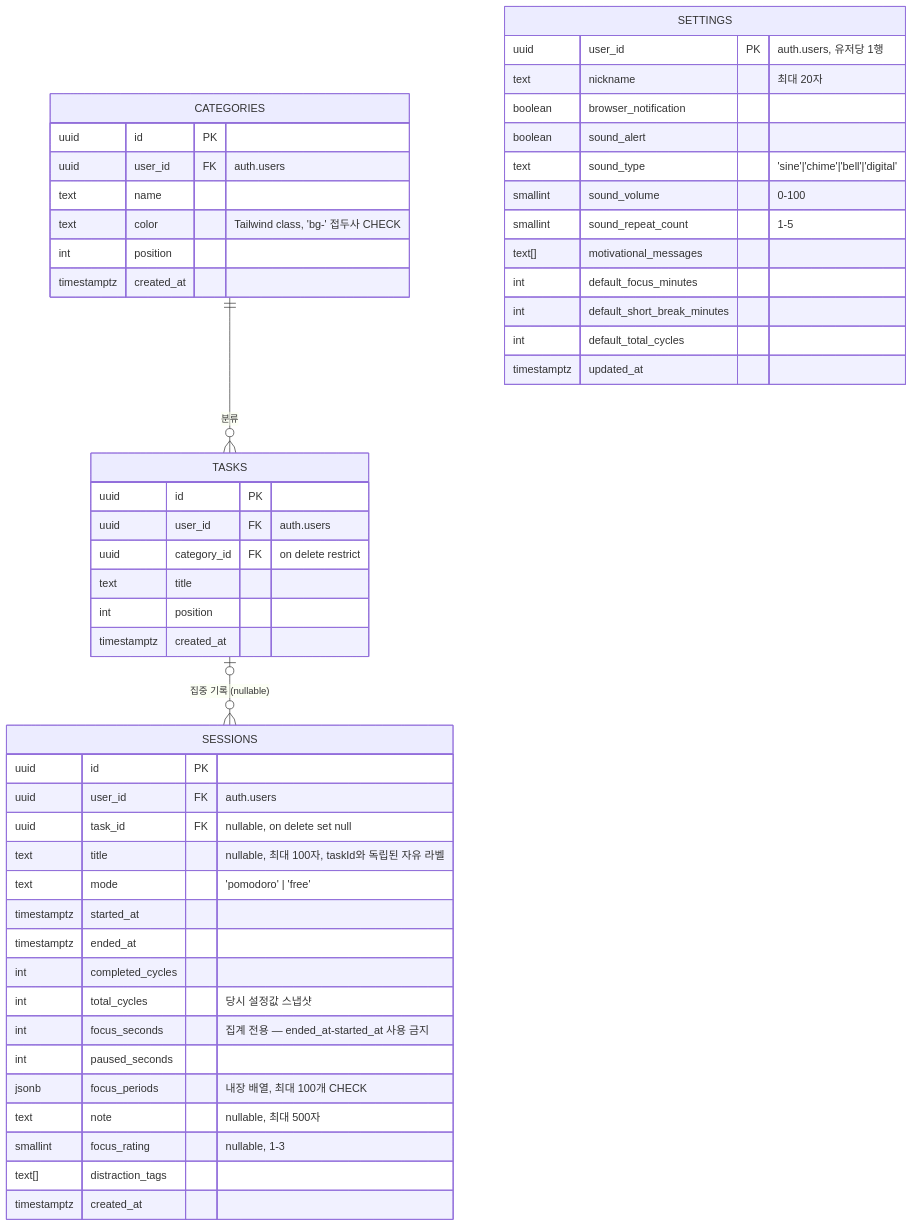
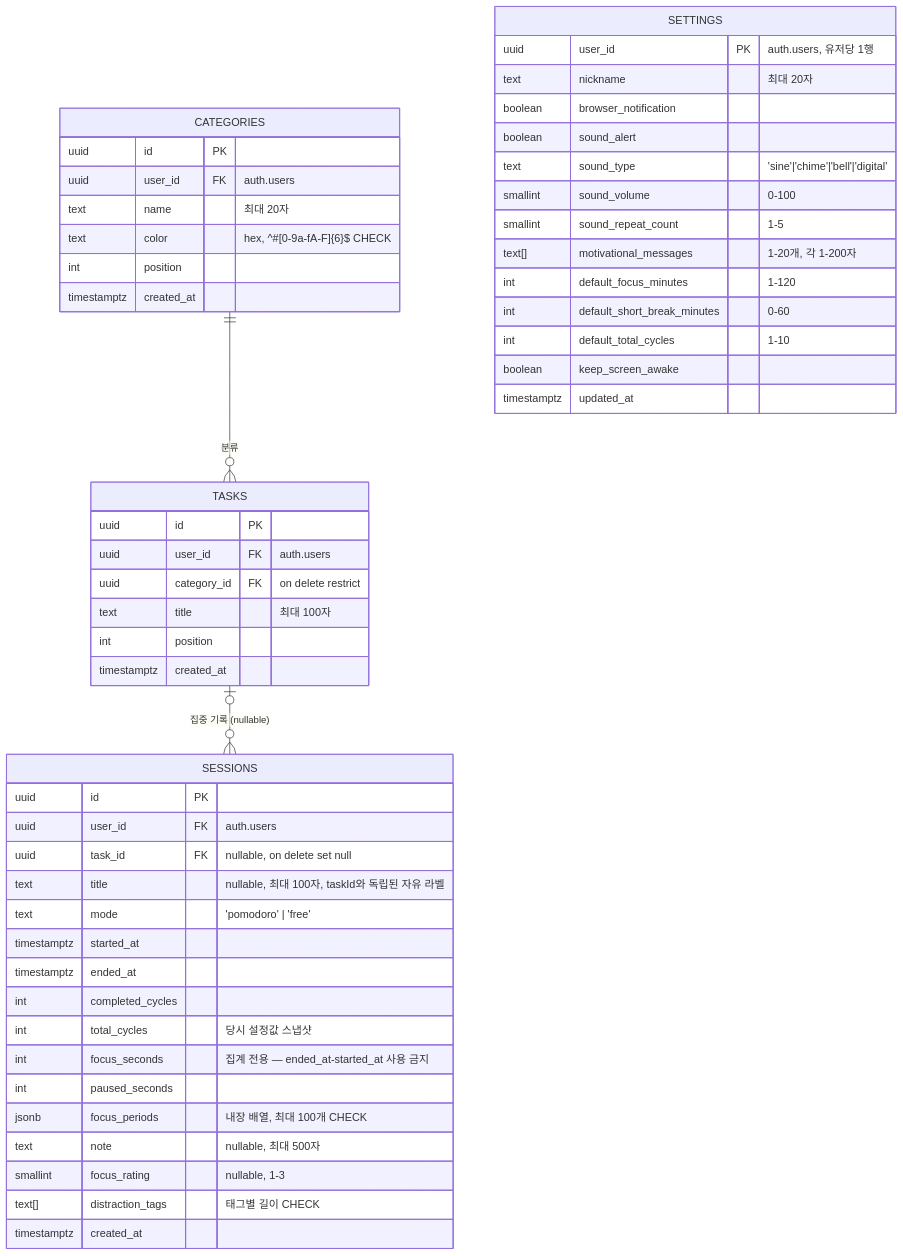
The diagram in docs/specs/ERD.md (aaaz425/pomodash), drawn with Mermaid before and after one commit. The commit also changed other lines of this file and 4 other files, not shown here.

````diff
--- a/docs/specs/ERD.md
+++ b/docs/specs/ERD.md
@@ -9,57 +9,58 @@
 ```mermaid
 erDiagram
     CATEGORIES {
         uuid id PK
         uuid user_id FK "auth.users"
-        text name
-        text color "Tailwind class, 'bg-' 접두사 CHECK"
+        text name "최대 20자"
+        text color "hex, ^#[0-9a-fA-F]{6}$ CHECK"
         int position
         timestamptz created_at
     }
 
     TASKS {
         uuid id PK
         uuid user_id FK "auth.users"
         uuid category_id FK "on delete restrict"
-        text title
+        text title "최대 100자"
         int position
         timestamptz created_at
     }
 
     SESSIONS {
         uuid id PK
         uuid user_id FK "auth.users"
         uuid task_id FK "nullable, on delete set null"
         text title "nullable, 최대 100자, taskId와 독립된 자유 라벨"
         text mode "'pomodoro' | 'free'"
         timestamptz started_at
         timestamptz ended_at
         int completed_cycles
         int total_cycles "당시 설정값 스냅샷"
         int focus_seconds "집계 전용 — ended_at-started_at 사용 금지"
         int paused_seconds
         jsonb focus_periods "내장 배열, 최대 100개 CHECK"
         text note "nullable, 최대 500자"
         smallint focus_rating "nullable, 1-3"
-        text[] distraction_tags
+        text[] distraction_tags "태그별 길이 CHECK"
         timestamptz created_at
     }
 
     SETTINGS {
         uuid user_id PK "auth.users, 유저당 1행"
         text nickname "최대 20자"
         boolean browser_notification
         boolean sound_alert
         text sound_type "'sine'|'chime'|'bell'|'digital'"
         smallint sound_volume "0-100"
         smallint sound_repeat_count "1-5"
-        text[] motivational_messages
-        int default_focus_minutes
-        int default_short_break_minutes
-        int default_total_cycles
+        text[] motivational_messages "1-20개, 각 1-200자"
+        int default_focus_minutes "1-120"
+        int default_short_break_minutes "0-60"
+        int default_total_cycles "1-10"
+        boolean keep_screen_awake
         timestamptz updated_at
     }
 
     CATEGORIES ||--o{ TASKS : "분류"
     TASKS |o--o{ SESSIONS : "집중 기록 (nullable)"
 ```
````
